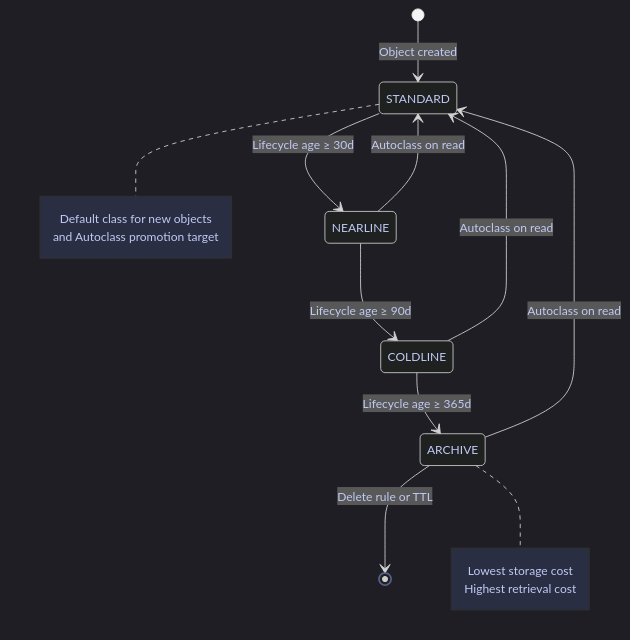
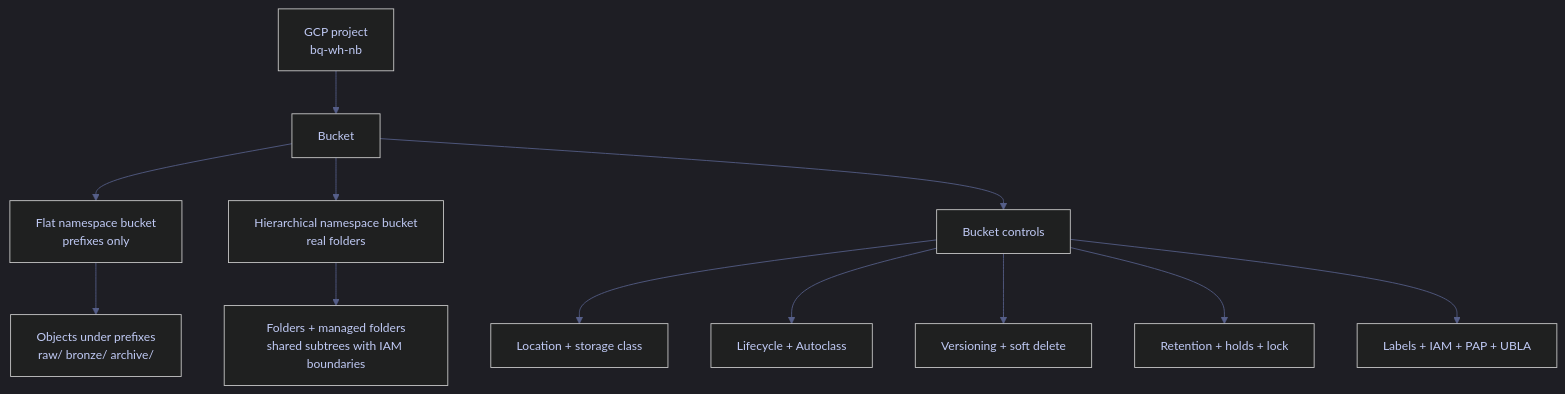
Before and after one commit to alp78/elysium: the diagram in content/06-GCP/05-Storage/01-gcs-buckets-and-lifecycle.md, drawn with Mermaid. The commit also changed other lines of this file and 493 other files, not shown here.

````diff
--- a/content/06-GCP/05-Storage/01-gcs-buckets-and-lifecycle.md
+++ b/content/06-GCP/05-Storage/01-gcs-buckets-and-lifecycle.md
@@ -201,32 +281,26 @@
 ```mermaid
 %%{init: {'theme': 'dark', 'themeVariables': {
   'primaryColor': '#292e42',
   'primaryTextColor': '#c0caf5',
   'primaryBorderColor': '#565f89',
   'lineColor': '#565f89',
   'secondaryColor': '#1a1b26',
   'tertiaryColor': '#24283b',
   'noteTextColor': '#c0caf5',
   'noteBkgColor': '#292e42',
   'textColor': '#c0caf5',
   'fontSize': '14px'
 }}}%%
-stateDiagram-v2
-    [*] --> STANDARD : Object created
-    STANDARD --> NEARLINE : Lifecycle age ≥ 30d
-    NEARLINE --> COLDLINE : Lifecycle age ≥ 90d
-    COLDLINE --> ARCHIVE : Lifecycle age ≥ 365d
-    ARCHIVE --> [*] : Delete rule or TTL
-    NEARLINE --> STANDARD : Autoclass on read
-    COLDLINE --> STANDARD : Autoclass on read
-    ARCHIVE --> STANDARD : Autoclass on read
-
-    note right of STANDARD
-        Default class for new objects
-        and Autoclass promotion target
-    end note
-    note right of ARCHIVE
-        Lowest storage cost
-        Highest retrieval cost
-    end note
+flowchart TD
+    A["GCP project<br/>bq-wh-nb"] --> B["Bucket"]
+    B --> C["Flat namespace bucket<br/>prefixes only"]
+    B --> D["Hierarchical namespace bucket<br/>real folders"]
+    C --> E["Objects under prefixes<br/>raw/ bronze/ archive/"]
+    D --> F["Folders + managed folders<br/>shared subtrees with IAM boundaries"]
+    B --> G["Bucket controls"]
+    G --> H["Location + storage class"]
+    G --> I["Lifecycle + Autoclass"]
+    G --> J["Versioning + soft delete"]
+    G --> K["Retention + holds + lock"]
+    G --> L["Labels + IAM + PAP + UBLA"]
 ```
````
